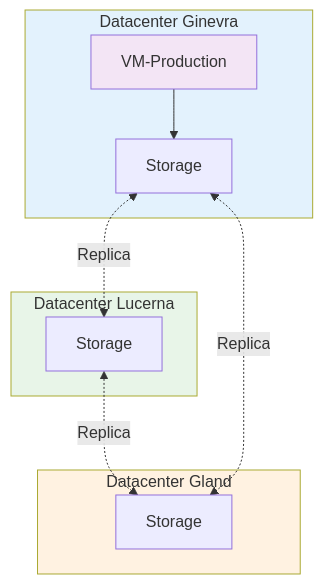
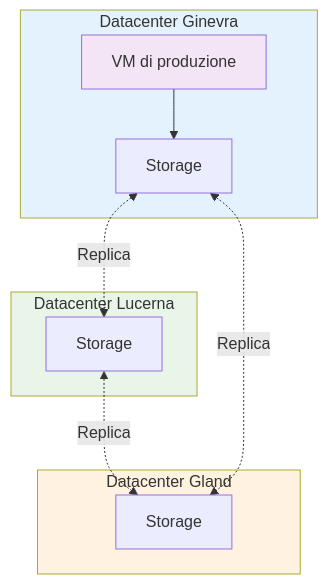
One commit to HidoraSwiss/hikube-public-doc changed the diagram in i18n/it/docusaurus-plugin-content-docs/current/services/compute/overview.md. Above: the diagram before and after it, drawn with Mermaid. The commit also changed other lines of this file and 148 other files, not shown here.

````diff
--- a/i18n/it/docusaurus-plugin-content-docs/current/services/compute/overview.md
+++ b/i18n/it/docusaurus-plugin-content-docs/current/services/compute/overview.md
@@ -36,29 +49,26 @@
 ```mermaid
 flowchart TD
     subgraph DC1["Datacenter Ginevra"]
-        VM1["VM-Production"]
+        VM1["VM di produzione"]
         STORAGE1["Storage"]
     end
 
     subgraph DC2["Datacenter Lucerna"]
         STORAGE2["Storage"]
     end
 
     subgraph DC3["Datacenter Gland"]
         STORAGE3["Storage"]
     end
 
-    %% La VM utilizza lo storage locale
     VM1 --> STORAGE1
 
-    %% Replica dello storage tra i 3 DC
     STORAGE1 <-.->|"Replica"| STORAGE2
     STORAGE2 <-.->|"Replica"| STORAGE3
     STORAGE1 <-.->|"Replica"| STORAGE3
 
-    %% Stili
     style DC1 fill:#e3f2fd
     style DC2 fill:#e8f5e8
     style DC3 fill:#fff2e1
     style VM1 fill:#f3e5f5
 ```
````
